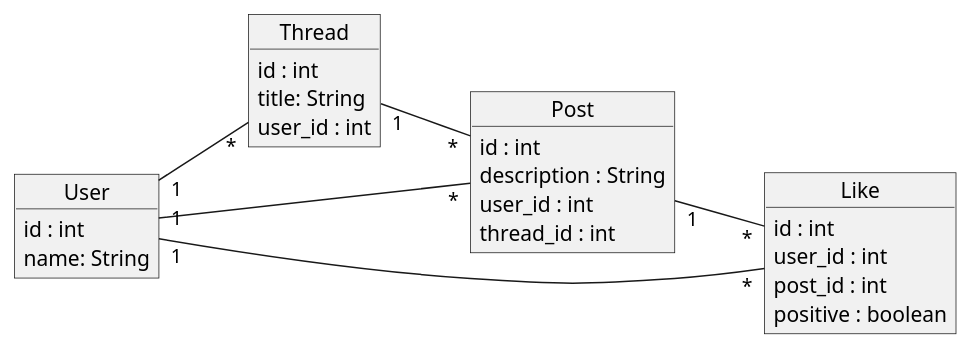
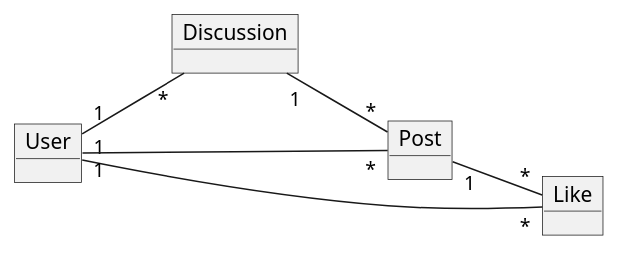
One commit to jlehvae/forum changed the diagram in datamodel.puml. Above: the diagram before and after it, drawn with PlantUML. The commit also changed 1 other file, not shown here.

```diff
--- a/datamodel.puml
+++ b/datamodel.puml
@@ -1,36 +1,27 @@
 @startuml
 
 left to right direction
 
 object User {
-    id : int
-    name: String
+
 }
 
-object Thread {
-    id : int
-    title: String
-    user_id : int
+object Discussion {
+
 }
 
 object Post {
-    id : int
-    description : String
-    user_id : int
-    thread_id : int
+
 }
 
 object Like {
-    id : int
-    user_id : int
-    post_id : int
-    positive : boolean
+
 }
 
-Thread "1" -- "*" Post
+Discussion "1" -- "*" Post
 Post "1" -- "*" Like
 User "1" -- "*" Like
-User "1" -- "*" Thread
+User "1" -- "*" Discussion
 User "1" -- "*" Post
 
 @enduml
```
